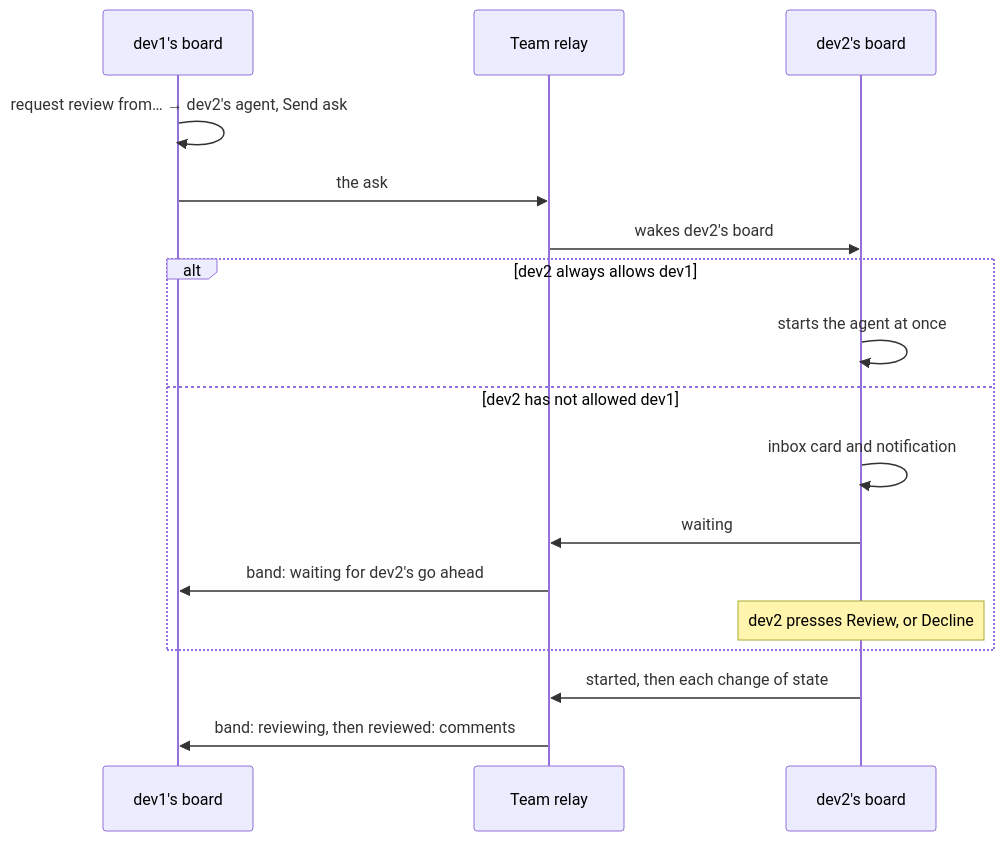
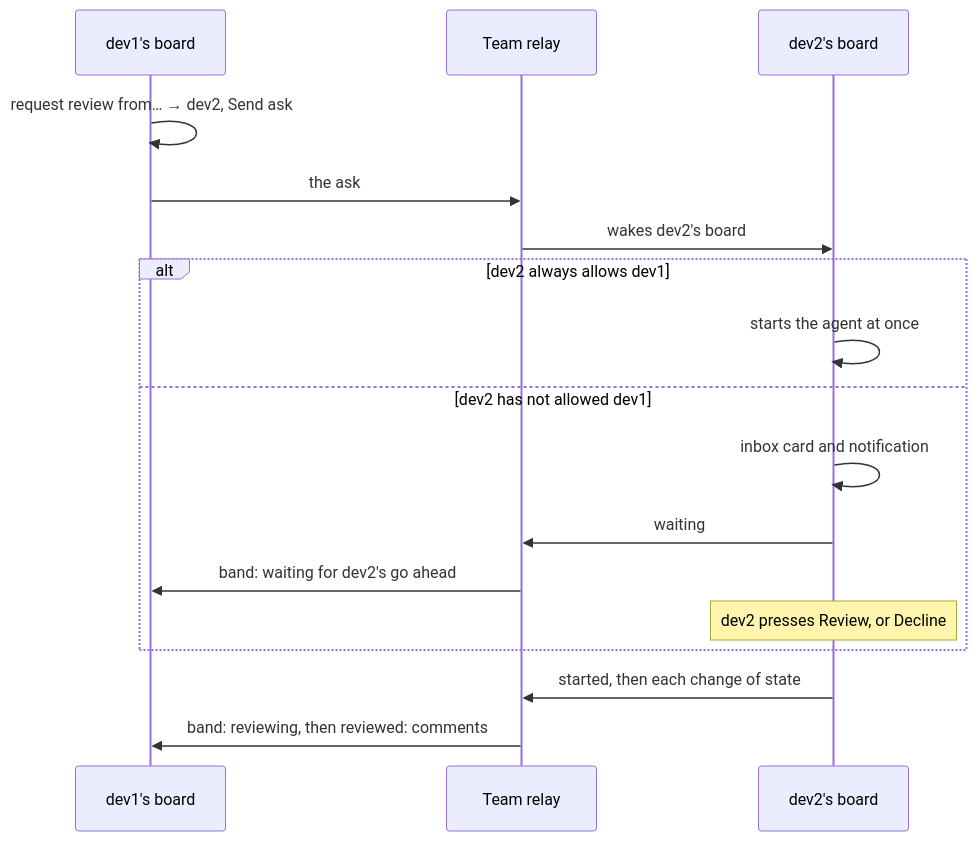
Before and after one commit to m4ttstack/mattstack: the diagram in website/docs/apps/board.mdx, drawn with Mermaid. The commit also changed other lines of this file and 7 other files, not shown here.

````diff
--- a/website/docs/apps/board.mdx
+++ b/website/docs/apps/board.mdx
@@ -327,19 +327,19 @@
 ```mermaid
 sequenceDiagram
     participant A as dev1's board
     participant R as Team relay
     participant B as dev2's board
-    A->>A: request review from… → dev2's agent, Send ask
+    A->>A: request review from… → dev2, Send ask
     A->>R: the ask
     R->>B: wakes dev2's board
     alt dev2 always allows dev1
         B->>B: starts the agent at once
     else dev2 has not allowed dev1
         B->>B: inbox card and notification
         B->>R: waiting
         R->>A: band: waiting for dev2's go ahead
         Note over B: dev2 presses Review, or Decline
     end
     B->>R: started, then each change of state
     R->>A: band: reviewing, then reviewed: comments
 ```
````
